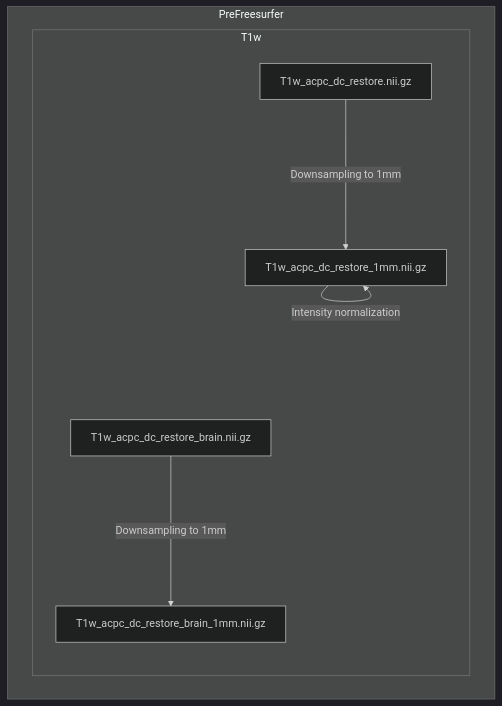
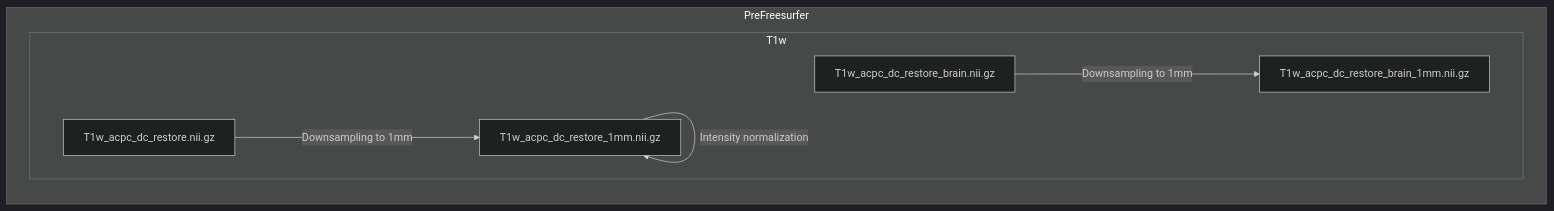
One commit to junseohwang/Olfactory_Dysfunction_in_CHR changed the first of 2 diagrams in README.md. Above: the diagram before and after it, drawn with Mermaid (dark theme).

````diff
--- a/README.md
+++ b/README.md
@@ -68,10 +68,10 @@
 ```mermaid
-flowchart TD
+flowchart LR
     subgraph PreFreesurfer
         subgraph T1w
 	        T1w_acpc_dc_restore.nii.gz ---> |Downsampling to 1mm|T1w_acpc_dc_restore_1mm.nii.gz;
 	        T1w_acpc_dc_restore_brain.nii.gz ---> |Downsampling to 1mm|T1w_acpc_dc_restore_brain_1mm.nii.gz;
 	        T1w_acpc_dc_restore_1mm.nii.gz ---> |Intensity normalization|T1w_acpc_dc_restore_1mm.nii.gz;
 	    end
     end
 ```
````
